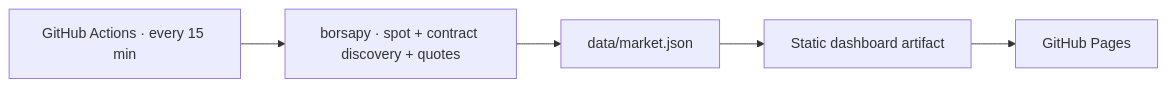
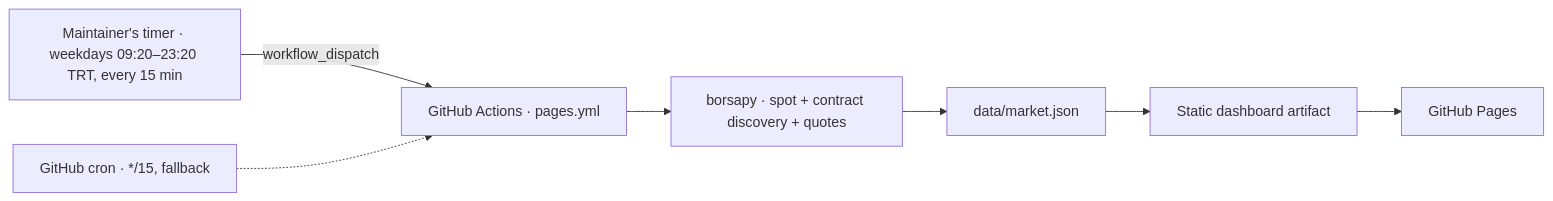
One commit to omertekin2002/futuresyield changed the diagram in README.md. Above: the diagram before and after it, drawn with Mermaid. The commit also changed other lines of this file and 4 other files, not shown here.

````diff
--- a/README.md
+++ b/README.md
@@ -32,7 +33,9 @@
 ```mermaid
 flowchart LR
-  A["GitHub Actions · every 15 min"] --> B["borsapy · spot + contract discovery + quotes"]
+  T["Maintainer's timer · weekdays 09:20–23:20 TRT, every 15 min"] -->|workflow_dispatch| A["GitHub Actions · pages.yml"]
+  F["GitHub cron · */15, fallback"] -.-> A
+  A --> B["borsapy · spot + contract discovery + quotes"]
   B --> C["data/market.json"]
   C --> D["Static dashboard artifact"]
   D --> E["GitHub Pages"]
 ```
````
